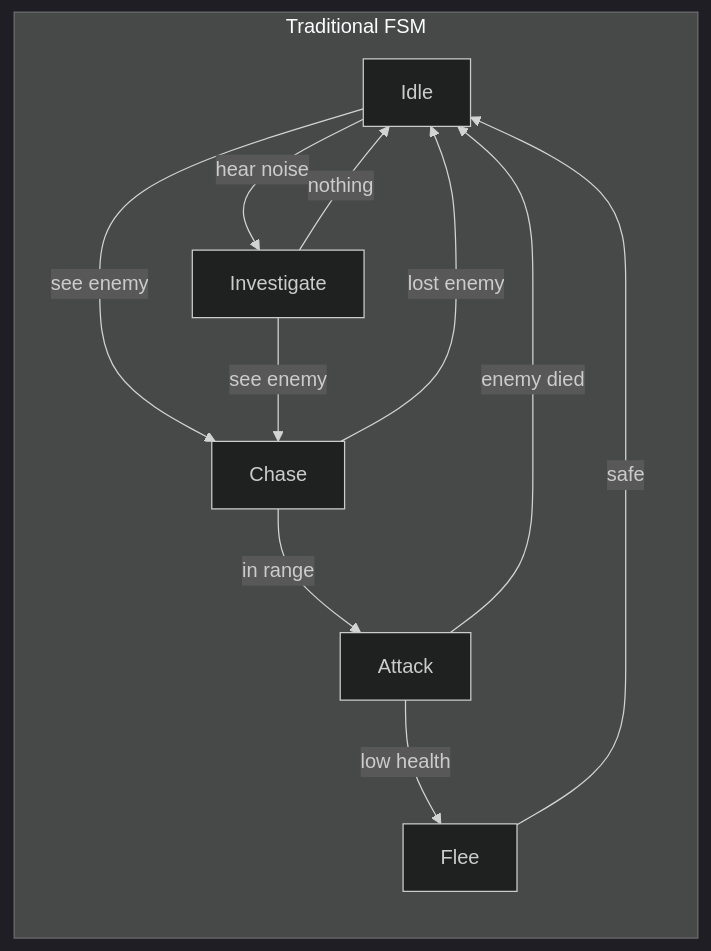
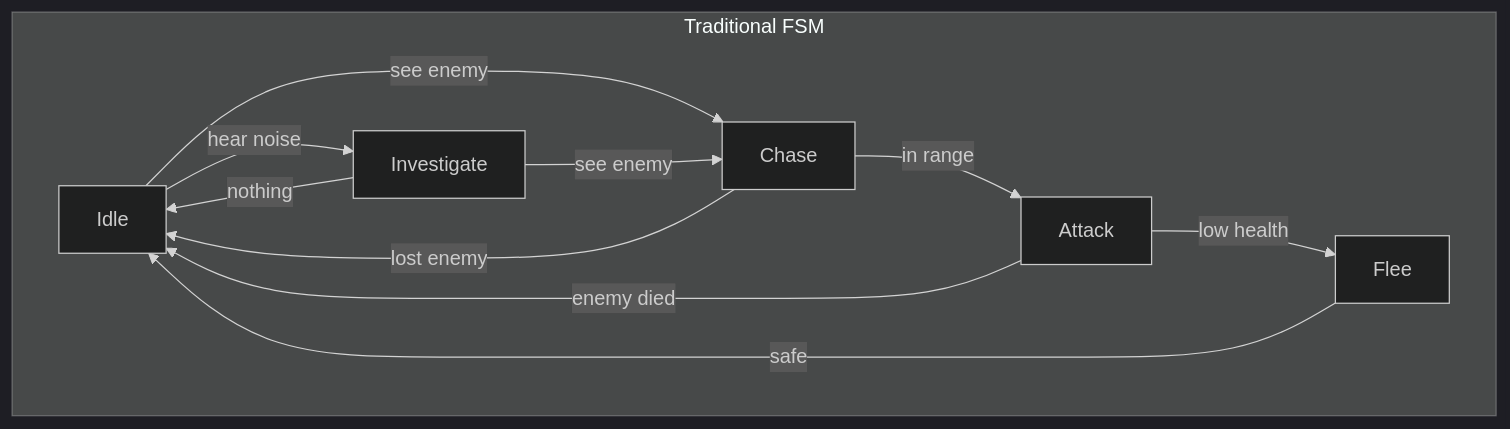
Before and after one commit to gameguild-gg/gameguild: the second of 7 diagrams in apps/web/src/data/courses/ai4games2/11-goap/00-reveal.md, drawn with Mermaid (dark theme).

Commit message:
fix(courses): fixed reveal markdown orientation

````diff
--- a/apps/web/src/data/courses/ai4games2/11-goap/00-reveal.md
+++ b/apps/web/src/data/courses/ai4games2/11-goap/00-reveal.md
@@ -99,14 +99,15 @@
 ```mermaid
 flowchart LR
     subgraph "Traditional FSM"
+        direction LR
         Idle -->|"see enemy"| Chase
         Chase -->|"in range"| Attack
         Attack -->|"low health"| Flee
         Flee -->|"safe"| Idle
         Chase -->|"lost enemy"| Idle
         Attack -->|"enemy died"| Idle
         Idle -->|"hear noise"| Investigate
         Investigate -->|"see enemy"| Chase
         Investigate -->|"nothing"| Idle
     end
 ```
````
